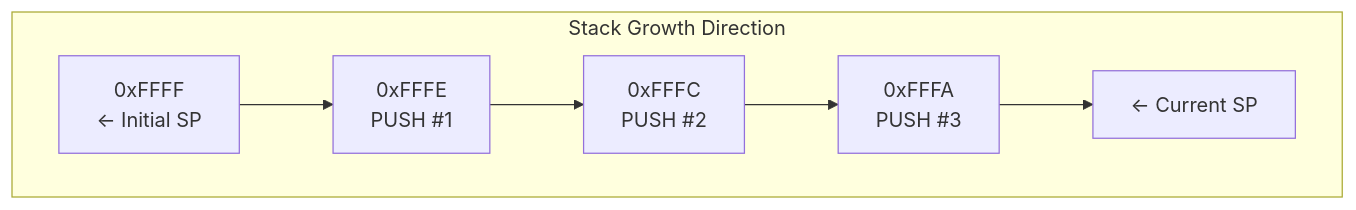
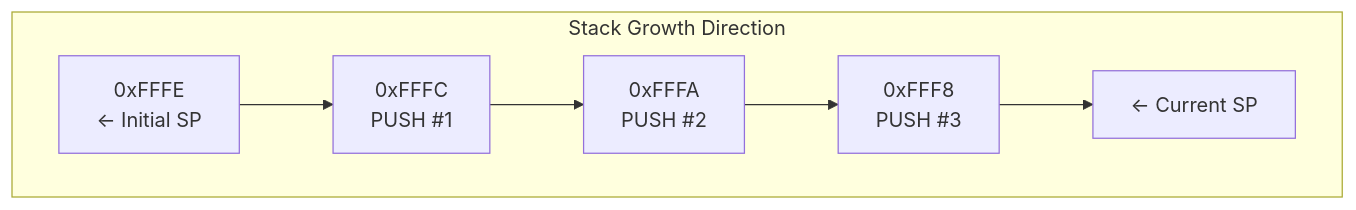
The second of 6 diagrams in docs/en/architecture/memory-map.md (MinecAnton209/NovumOS-16bit), drawn with Mermaid before and after one commit. The commit also changed other lines of this file and 20 other files, not shown here.

````diff
--- a/docs/en/architecture/memory-map.md
+++ b/docs/en/architecture/memory-map.md
@@ -183,12 +54,12 @@
 ```mermaid
 graph TB
     subgraph StackGrowth["Stack Growth Direction"]
-        TOP["0xFFFF<br/>← Initial SP"]
-        P1["0xFFFE<br/>PUSH #1"]
-        P2["0xFFFC<br/>PUSH #2"]
-        P3["0xFFFA<br/>PUSH #3"]
+        TOP["0xFFFE<br/>← Initial SP"]
+        P1["0xFFFC<br/>PUSH #1"]
+        P2["0xFFFA<br/>PUSH #2"]
+        P3["0xFFF8<br/>PUSH #3"]
         CURR["← Current SP"]
     end
-    
+
     TOP --> P1 --> P2 --> P3 --> CURR
 ```
````
